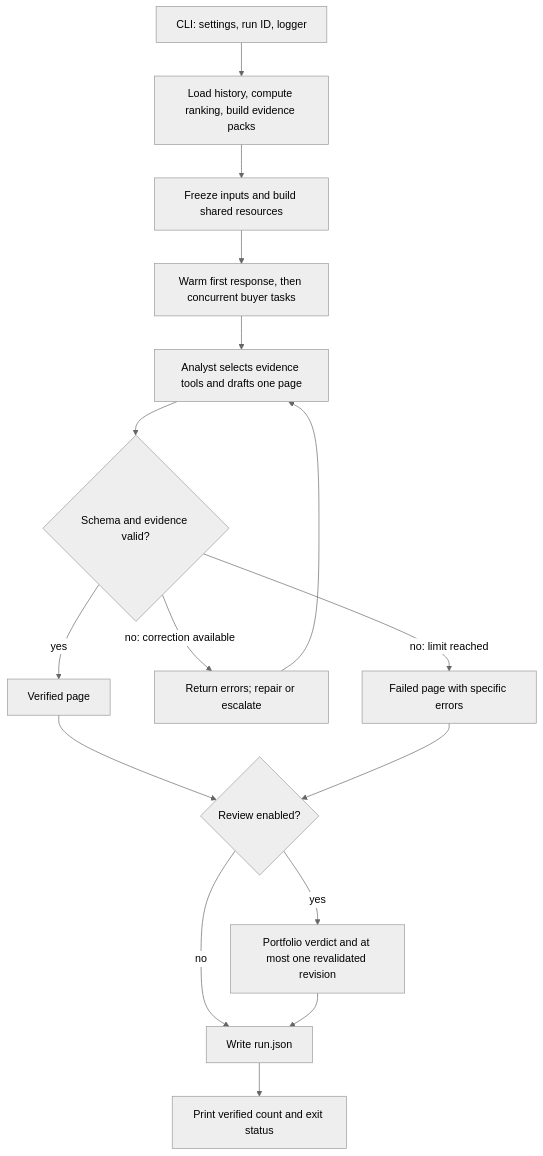
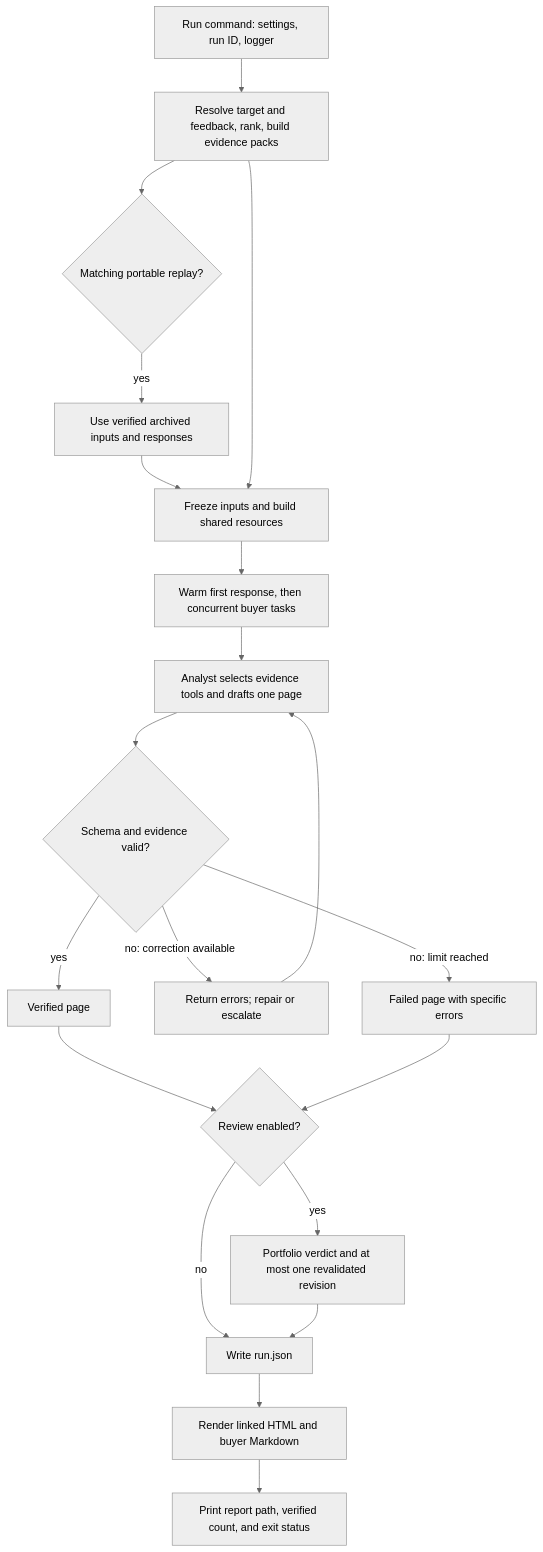
One commit to aleporin/ma-acquirer-engine changed the diagram in EXECUTION.md. Above: the diagram before and after it, drawn with Mermaid (neutral theme). The commit also changed other lines of this file and 4 other files, not shown here.

Commit message:
docs: explain report replay and target comparison workflows

````diff
--- a/EXECUTION.md
+++ b/EXECUTION.md
@@ -8,18 +8,22 @@
 ```mermaid
 flowchart TD
-    CLI[CLI: settings, run ID, logger] --> PREP[Load history, compute ranking, build evidence packs]
+    CLI[Run command: settings, run ID, logger] --> PREP[Resolve target and feedback, rank, build evidence packs]
+    PREP --> ARCHIVE{Matching portable replay?}
+    ARCHIVE -->|yes| FROZEN[Use verified archived inputs and responses]
+    FROZEN --> SETUP
     PREP --> SETUP[Freeze inputs and build shared resources]
     SETUP --> BATCH[Warm first response, then concurrent buyer tasks]
     BATCH --> DRAFT[Analyst selects evidence tools and drafts one page]
     DRAFT --> CHECK{Schema and evidence valid?}
     CHECK -->|yes| PAGE[Verified page]
     CHECK -->|no: correction available| REPAIR[Return errors; repair or escalate]
     REPAIR --> DRAFT
     CHECK -->|no: limit reached| FAILED[Failed page with specific errors]
     PAGE --> REVIEW{Review enabled?}
     FAILED --> REVIEW
     REVIEW -->|yes| VERDICT[Portfolio verdict and at most one revalidated revision]
     REVIEW -->|no| SAVE[Write run.json]
     VERDICT --> SAVE
-    SAVE --> EXIT[Print verified count and exit status]
+    SAVE --> REPORT[Render linked HTML and buyer Markdown]
+    REPORT --> EXIT[Print report path, verified count, and exit status]
 ```
````
